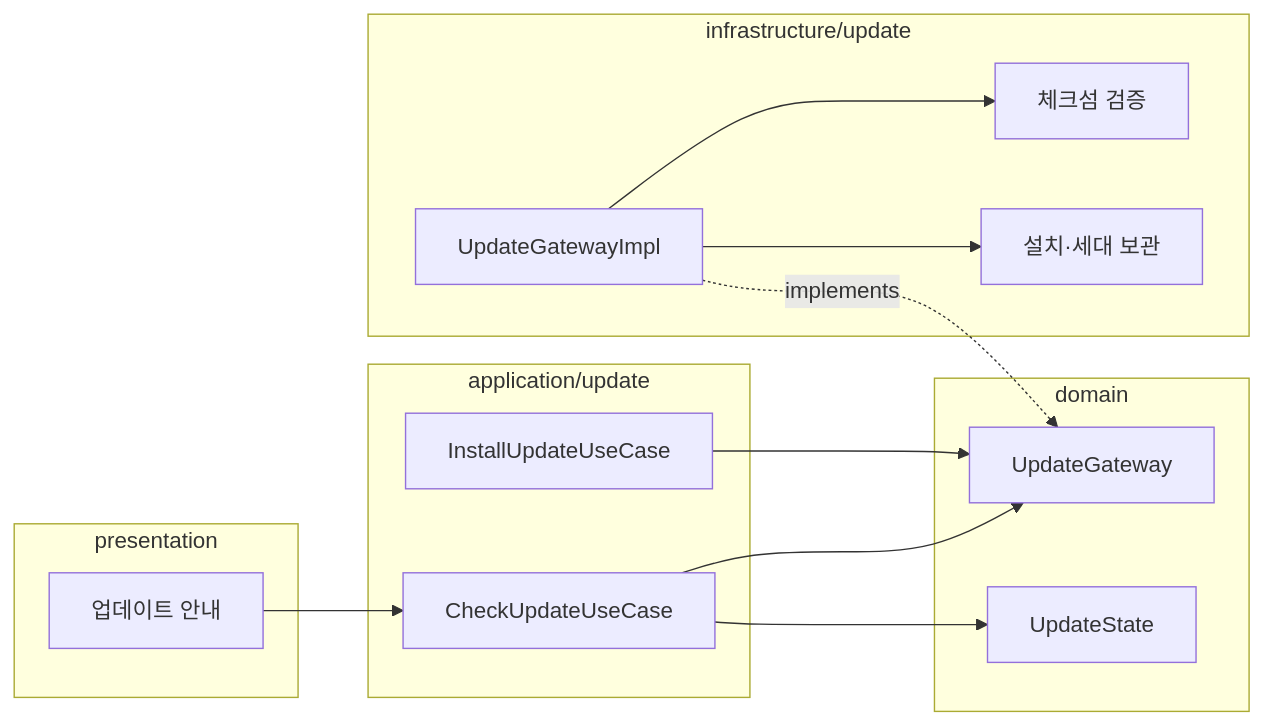
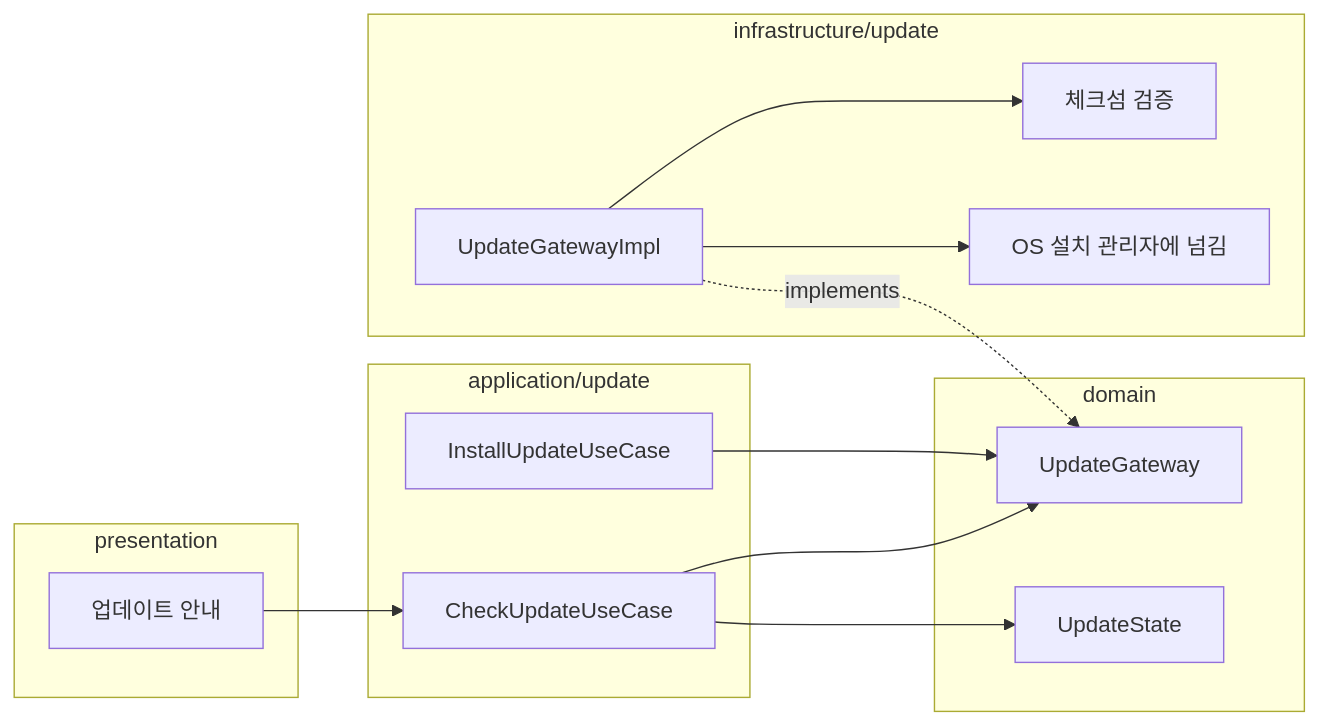
The second of 2 diagrams in tickets/UND-48-auto-update.md (biuea3866/gitkraken-clone-app), drawn with Mermaid before and after one commit. The commit also changed other lines of this file and 35 other files, not shown here.

````diff
--- a/tickets/UND-48-auto-update.md
+++ b/tickets/UND-48-auto-update.md
@@ -59,26 +71,26 @@
 ```mermaid
 flowchart LR
     subgraph domain
         Gateway[UpdateGateway]
         State[UpdateState]
     end
     subgraph app["application/update"]
         CheckUC[CheckUpdateUseCase]
         InstallUC[InstallUpdateUseCase]
     end
     subgraph infra["infrastructure/update"]
         Impl[UpdateGatewayImpl]
         Verify[체크섬 검증]
-        Install[설치·세대 보관]
+        Open[OS 설치 관리자에 넘김]
     end
     subgraph pres["presentation"]
         Notice[업데이트 안내]
     end
     CheckUC --> Gateway
     InstallUC --> Gateway
     CheckUC --> State
     Impl -.->|implements| Gateway
     Impl --> Verify
-    Impl --> Install
+    Impl --> Open
     Notice --> CheckUC
 ```
````
